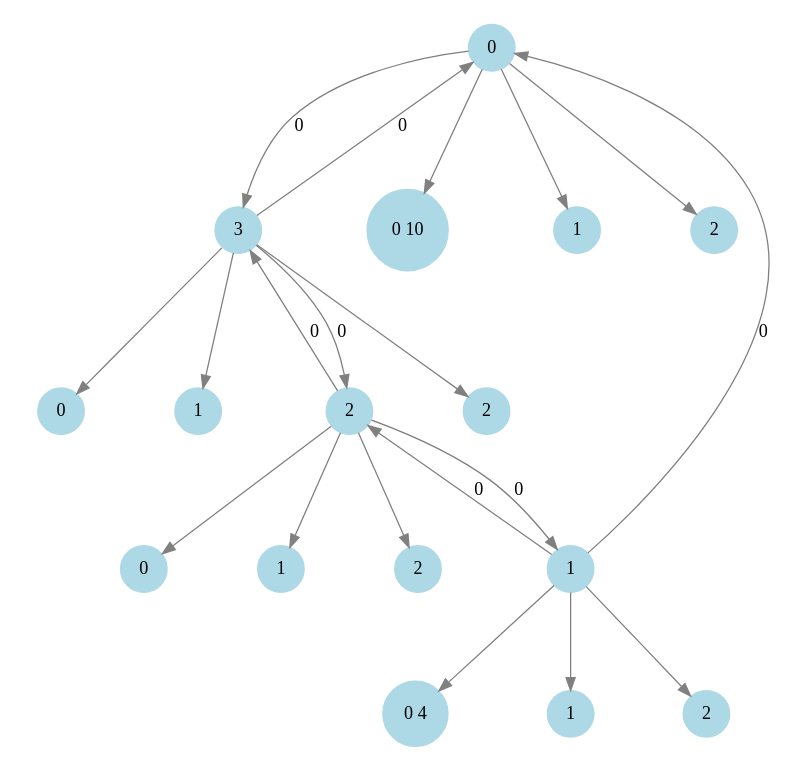
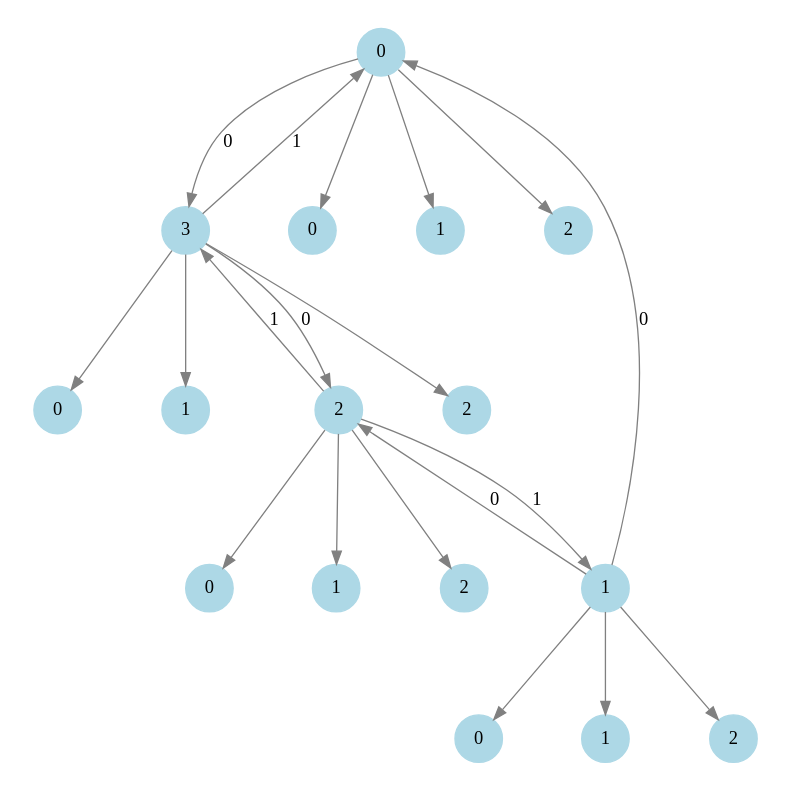
The diagram in Trabajo_Final/src/grafo.dot (Fede108/Algoritmos-y-estructura-de-Datos), drawn with Graphviz before and after one commit. The commit also changed 9 other files, not shown here.

```diff
--- a/Trabajo_Final/src/grafo.dot
+++ b/Trabajo_Final/src/grafo.dot
@@ -1,37 +1,37 @@
 digraph G {
     node [shape=circle, style=filled, color=lightblue];
     edge [color=gray, penwidth=1];
     size="8,8";
     ratio="fill";
     0 -> 3 [label="0"];
     0 -> 00;
-    00 [label="0 10"];
+    00 [label="0"];
     0 -> 10;
     10 [label="1"];
     0 -> 20;
     20 [label="2"];
     1 -> 0 [label="0"];
     1 -> 2 [label="0"];
     1 -> 01;
-    01 [label="0 4"];
+    01 [label="0"];
     1 -> 11;
     11 [label="1"];
     1 -> 21;
     21 [label="2"];
-    2 -> 1 [label="0"];
-    2 -> 3 [label="0"];
+    2 -> 1 [label="1"];
+    2 -> 3 [label="1"];
     2 -> 02;
     02 [label="0"];
     2 -> 12;
     12 [label="1"];
     2 -> 22;
     22 [label="2"];
-    3 -> 0 [label="0"];
+    3 -> 0 [label="1"];
     3 -> 2 [label="0"];
     3 -> 03;
     03 [label="0"];
     3 -> 13;
     13 [label="1"];
     3 -> 23;
     23 [label="2"];
 }
```
